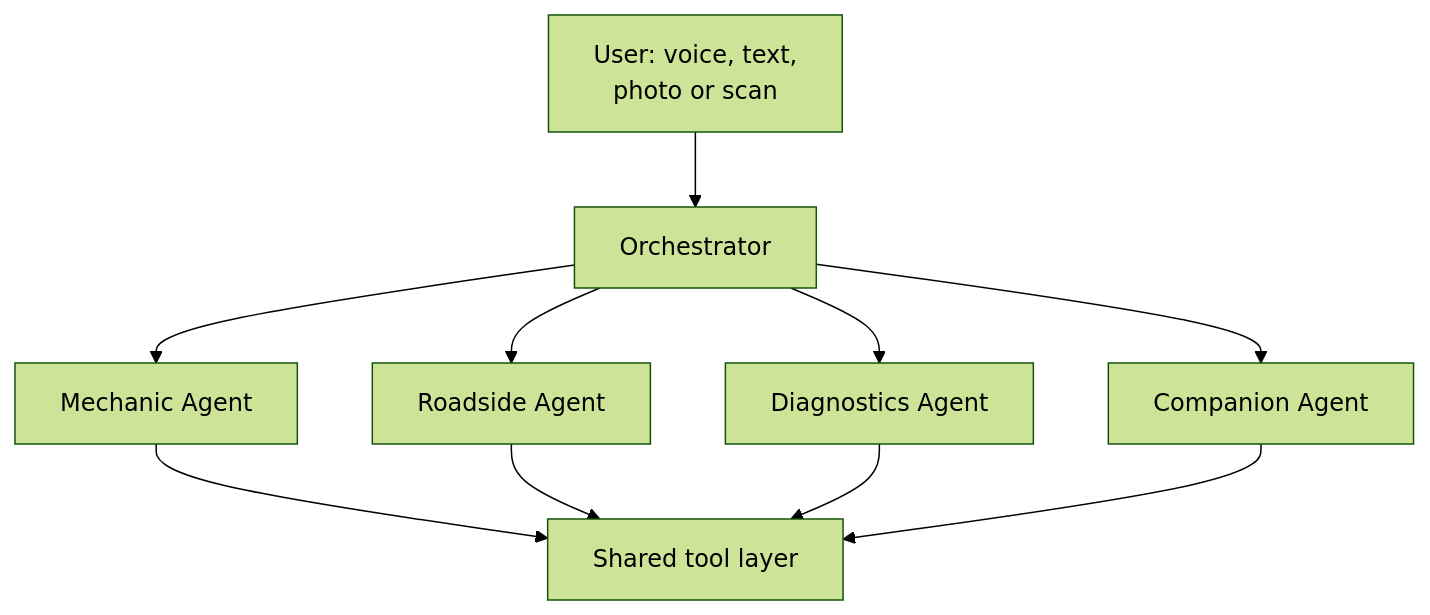
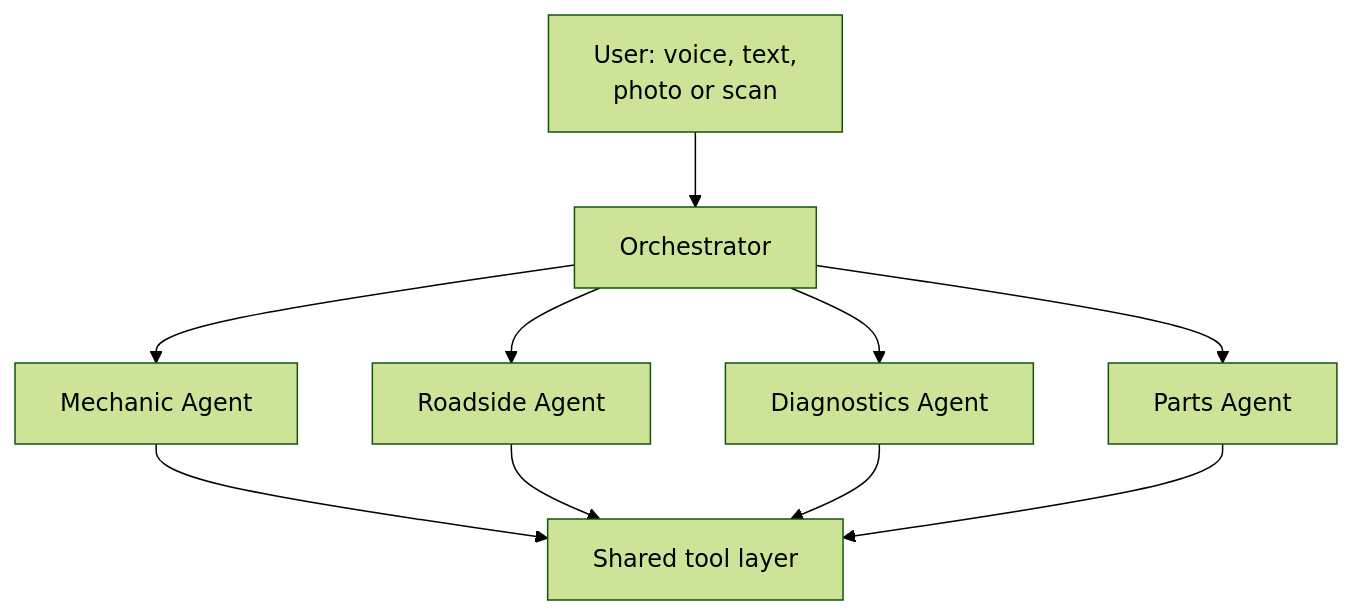
Before and after one commit to marcompsci/SkyLink: the diagram in docs/08-ai-agents.md, drawn with Mermaid (forest theme). The commit also changed other lines of this file and 55 other files, not shown here.

````diff
--- a/docs/08-ai-agents.md
+++ b/docs/08-ai-agents.md
@@ -10,12 +10,12 @@
 ```mermaid
 flowchart TD
   U[User: voice, text,<br/>photo or scan] --> O[Orchestrator]
   O --> M[Mechanic Agent]
+  O --> P[Parts Agent]
   O --> R[Roadside Agent]
   O --> D[Diagnostics Agent]
-  O --> C[Companion Agent]
   M --> TL[Shared tool layer]
   R --> TL
   D --> TL
-  C --> TL
+  P --> TL
 ```
````
